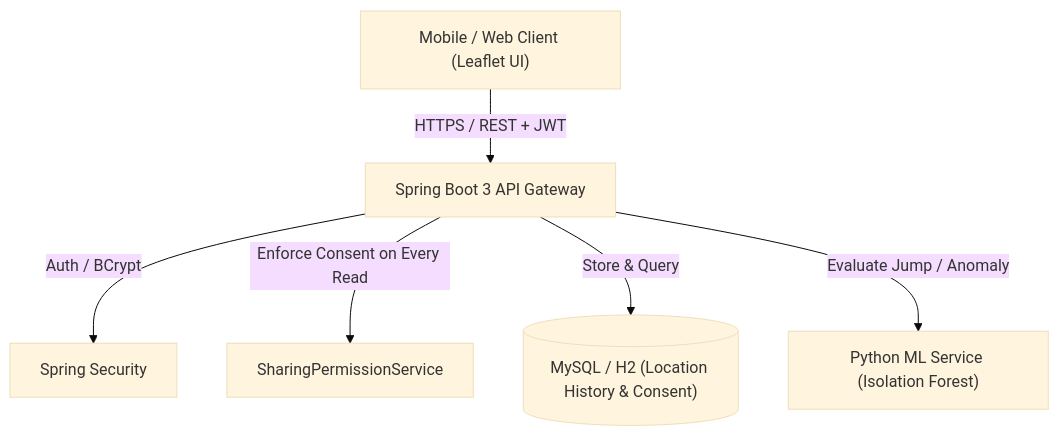
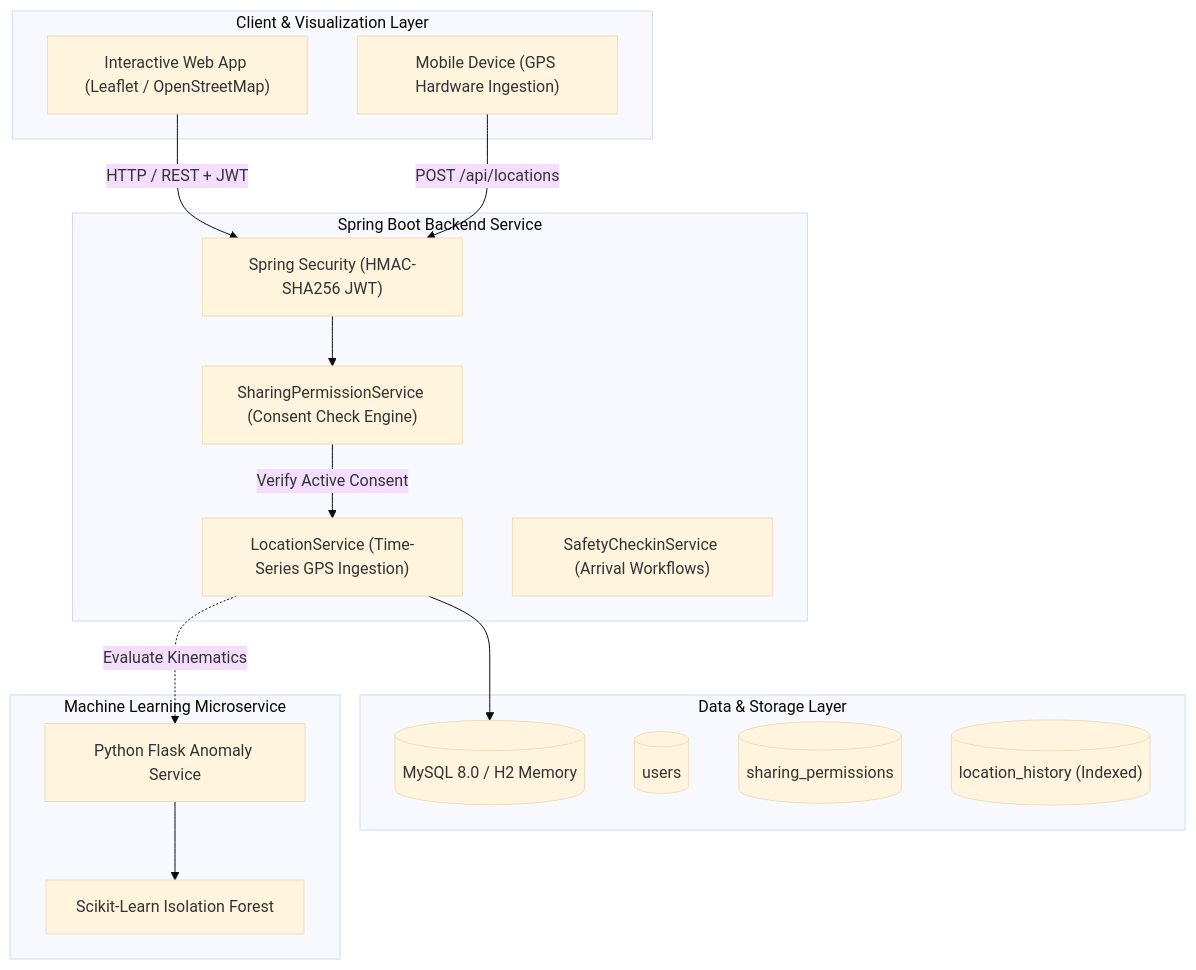
The first of 2 diagrams in README.md (sindesamith294/safecircle-safety-tracker), drawn with Mermaid (base theme) before and after one commit. The commit also changed other lines of this file and 8 other files, not shown here.

````diff
--- a/README.md
+++ b/README.md
@@ -37,8 +43,34 @@
 ```mermaid
-graph TD
-    Client["Mobile / Web Client (Leaflet UI)"] -->|HTTPS / REST + JWT| SpringAPI["Spring Boot 3 API Gateway"]
-    SpringAPI -->|Auth / BCrypt| Security["Spring Security"]
-    SpringAPI -->|Enforce Consent on Every Read| SharingService["SharingPermissionService"]
-    SpringAPI -->|Store & Query| MySQL[("MySQL / H2 (Location History & Consent)")]
-    SpringAPI -->|Evaluate Jump / Anomaly| ML["Python ML Service (Isolation Forest)"]
+flowchart TD
+    subgraph ClientLayer ["Client & Visualization Layer"]
+        WebUI["Interactive Web App (Leaflet / OpenStreetMap)"]
+        MobileApp["Mobile Device (GPS Hardware Ingestion)"]
+    end
+
+    subgraph BackendGateway ["Spring Boot Backend Service"]
+        Security["Spring Security (HMAC-SHA256 JWT)"]
+        SharingService["SharingPermissionService (Consent Check Engine)"]
+        LocationService["LocationService (Time-Series GPS Ingestion)"]
+        CheckinService["SafetyCheckinService (Arrival Workflows)"]
+    end
+
+    subgraph DataLayer ["Data & Storage Layer"]
+        MySQL[("MySQL 8.0 / H2 Memory")]
+        UsersTable[("users")]
+        PermsTable[("sharing_permissions")]
+        HistoryTable[("location_history (Indexed)")]
+    end
+
+    subgraph MLLayer ["Machine Learning Microservice"]
+        PythonML["Python Flask Anomaly Service"]
+        IsoForest["Scikit-Learn Isolation Forest"]
+    end
+
+    WebUI -->|HTTP / REST + JWT| Security
+    MobileApp -->|POST /api/locations| Security
+    Security --> SharingService
+    SharingService -->|Verify Active Consent| LocationService
+    LocationService --> MySQL
+    LocationService -.->|Evaluate Kinematics| PythonML
+    PythonML --> IsoForest
 ```
````
